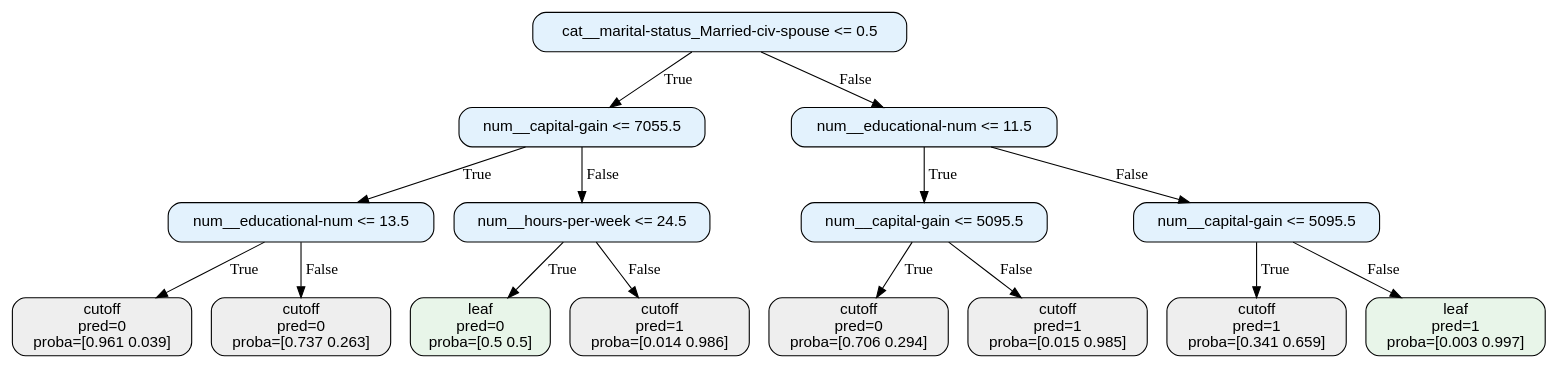
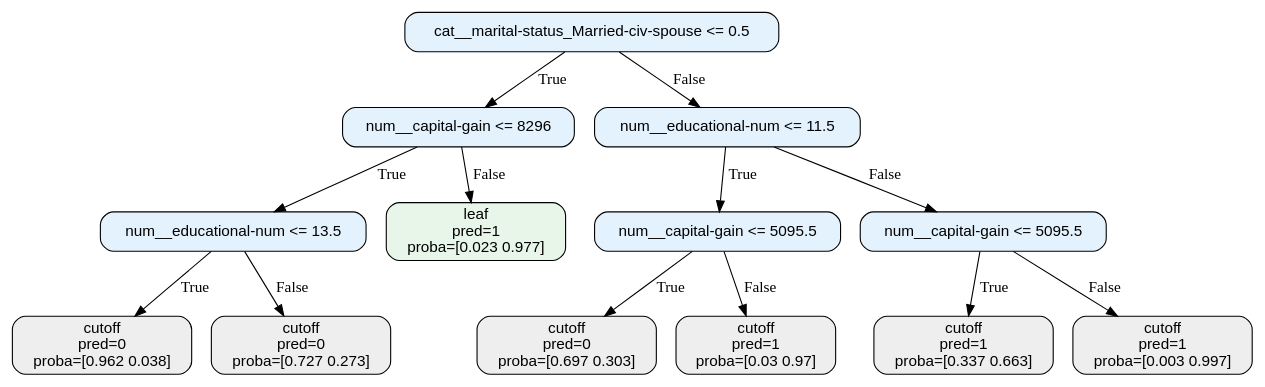
Before and after one commit to Ji980420/Project-ML_VU: the diagram in adutlt_income/numpy_tree.dot, drawn with Graphviz. The commit also changed 40 other files, not shown here.

```diff
--- a/adutlt_income/numpy_tree.dot
+++ b/adutlt_income/numpy_tree.dot
@@ -1,32 +1,28 @@
 digraph Tree {
 node [shape=box, style="rounded,filled", fontname="helvetica"];
 0 [label="cat__marital-status_Married-civ-spouse <= 0.5", fillcolor="#e3f2fd"];
-1 [label="num__capital-gain <= 7055.5", fillcolor="#e3f2fd"];
+1 [label="num__capital-gain <= 8296", fillcolor="#e3f2fd"];
 2 [label="num__educational-num <= 13.5", fillcolor="#e3f2fd"];
-3 [label="cutoff\npred=0\nproba=[0.961 0.039]", fillcolor="#eeeeee"];
-4 [label="cutoff\npred=0\nproba=[0.737 0.263]", fillcolor="#eeeeee"];
+3 [label="cutoff\npred=0\nproba=[0.962 0.038]", fillcolor="#eeeeee"];
+4 [label="cutoff\npred=0\nproba=[0.727 0.273]", fillcolor="#eeeeee"];
 2 -> 3 [label="True"];
 2 -> 4 [label="False"];
-5 [label="num__hours-per-week <= 24.5", fillcolor="#e3f2fd"];
-6 [label="leaf\npred=0\nproba=[0.5 0.5]", fillcolor="#e8f5e9"];
-7 [label="cutoff\npred=1\nproba=[0.014 0.986]", fillcolor="#eeeeee"];
-5 -> 6 [label="True"];
-5 -> 7 [label="False"];
+5 [label="leaf\npred=1\nproba=[0.023 0.977]", fillcolor="#e8f5e9"];
 1 -> 2 [label="True"];
 1 -> 5 [label="False"];
-8 [label="num__educational-num <= 11.5", fillcolor="#e3f2fd"];
-9 [label="num__capital-gain <= 5095.5", fillcolor="#e3f2fd"];
-10 [label="cutoff\npred=0\nproba=[0.706 0.294]", fillcolor="#eeeeee"];
-11 [label="cutoff\npred=1\nproba=[0.015 0.985]", fillcolor="#eeeeee"];
-9 -> 10 [label="True"];
-9 -> 11 [label="False"];
-12 [label="num__capital-gain <= 5095.5", fillcolor="#e3f2fd"];
-13 [label="cutoff\npred=1\nproba=[0.341 0.659]", fillcolor="#eeeeee"];
-14 [label="leaf\npred=1\nproba=[0.003 0.997]", fillcolor="#e8f5e9"];
-12 -> 13 [label="True"];
-12 -> 14 [label="False"];
-8 -> 9 [label="True"];
-8 -> 12 [label="False"];
+6 [label="num__educational-num <= 11.5", fillcolor="#e3f2fd"];
+7 [label="num__capital-gain <= 5095.5", fillcolor="#e3f2fd"];
+8 [label="cutoff\npred=0\nproba=[0.697 0.303]", fillcolor="#eeeeee"];
+9 [label="cutoff\npred=1\nproba=[0.03 0.97]", fillcolor="#eeeeee"];
+7 -> 8 [label="True"];
+7 -> 9 [label="False"];
+10 [label="num__capital-gain <= 5095.5", fillcolor="#e3f2fd"];
+11 [label="cutoff\npred=1\nproba=[0.337 0.663]", fillcolor="#eeeeee"];
+12 [label="cutoff\npred=1\nproba=[0.003 0.997]", fillcolor="#eeeeee"];
+10 -> 11 [label="True"];
+10 -> 12 [label="False"];
+6 -> 7 [label="True"];
+6 -> 10 [label="False"];
 0 -> 1 [label="True"];
-0 -> 8 [label="False"];
+0 -> 6 [label="False"];
 }
```
